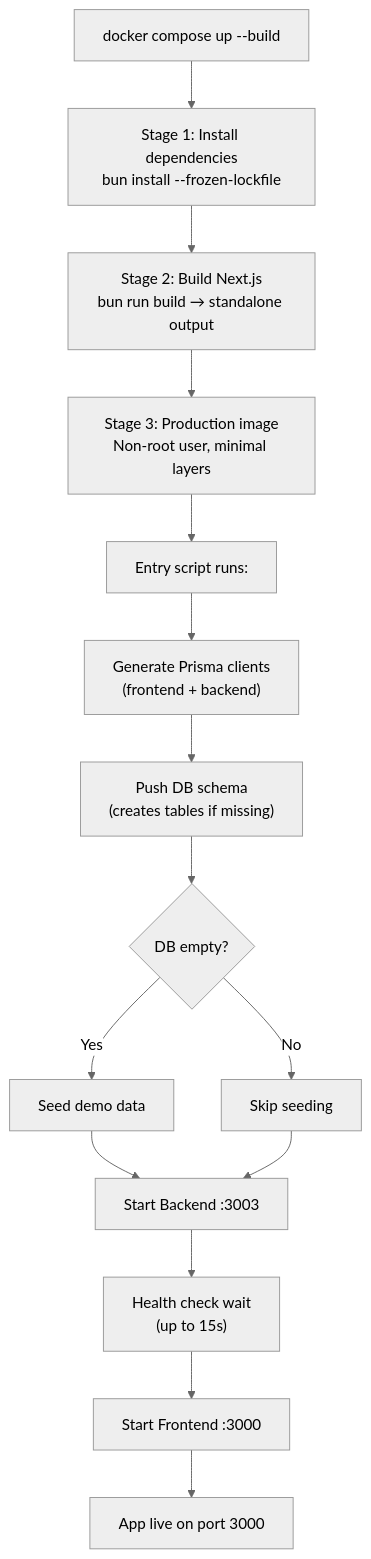
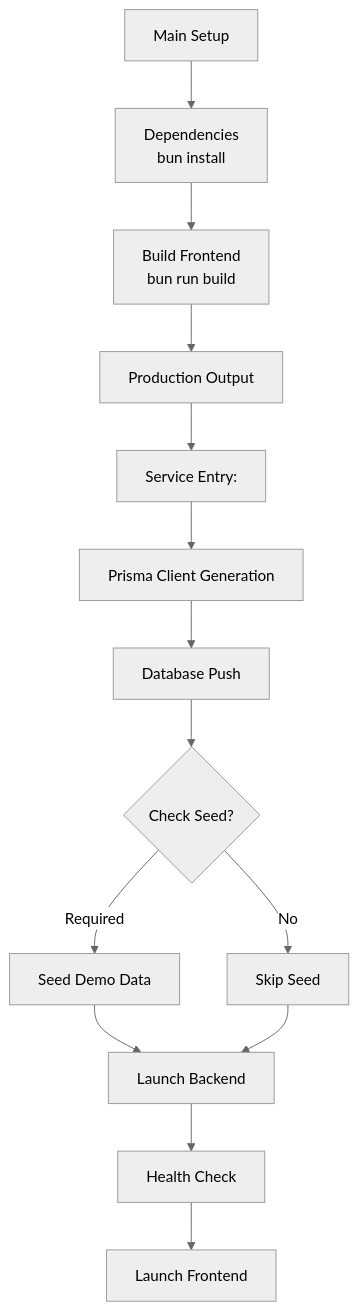
Before and after one commit to selmahacii/Darna4commerce: the fifth of 8 diagrams in README.md, drawn with Mermaid (neutral theme). The commit also changed other lines of this file and 12 other files, not shown here.

````diff
--- a/README.md
+++ b/README.md
@@ -372,17 +255,16 @@
 ```mermaid
 flowchart TD
-    A["docker compose up --build"] --> B["Stage 1: Install dependencies<br/>bun install --frozen-lockfile"]
-    B --> C["Stage 2: Build Next.js<br/>bun run build → standalone output"]
-    C --> D["Stage 3: Production image<br/>Non-root user, minimal layers"]
-    D --> E["Entry script runs:"]
-    E --> F["Generate Prisma clients<br/>(frontend + backend)"]
-    F --> G["Push DB schema<br/>(creates tables if missing)"]
-    G --> H{DB empty?}
-    H -->|Yes| I["Seed demo data"]
-    H -->|No| J["Skip seeding"]
-    I --> K["Start Backend :3003"]
+    A["Main Setup"] --> B["Dependencies<br/>bun install"]
+    B --> C["Build Frontend<br/>bun run build"]
+    C --> D["Production Output"]
+    D --> E["Service Entry:"]
+    E --> F["Prisma Client Generation"]
+    F --> G["Database Push"]
+    G --> H{Check Seed?}
+    H -->|Required| I["Seed Demo Data"]
+    H -->|No| J["Skip Seed"]
+    I --> K["Launch Backend"]
     J --> K
-    K --> L["Health check wait<br/>(up to 15s)"]
-    L --> M["Start Frontend :3000"]
-    M --> N["App live on port 3000"]
+    K --> L["Health Check"]
+    L --> M["Launch Frontend"]
 ```
````
